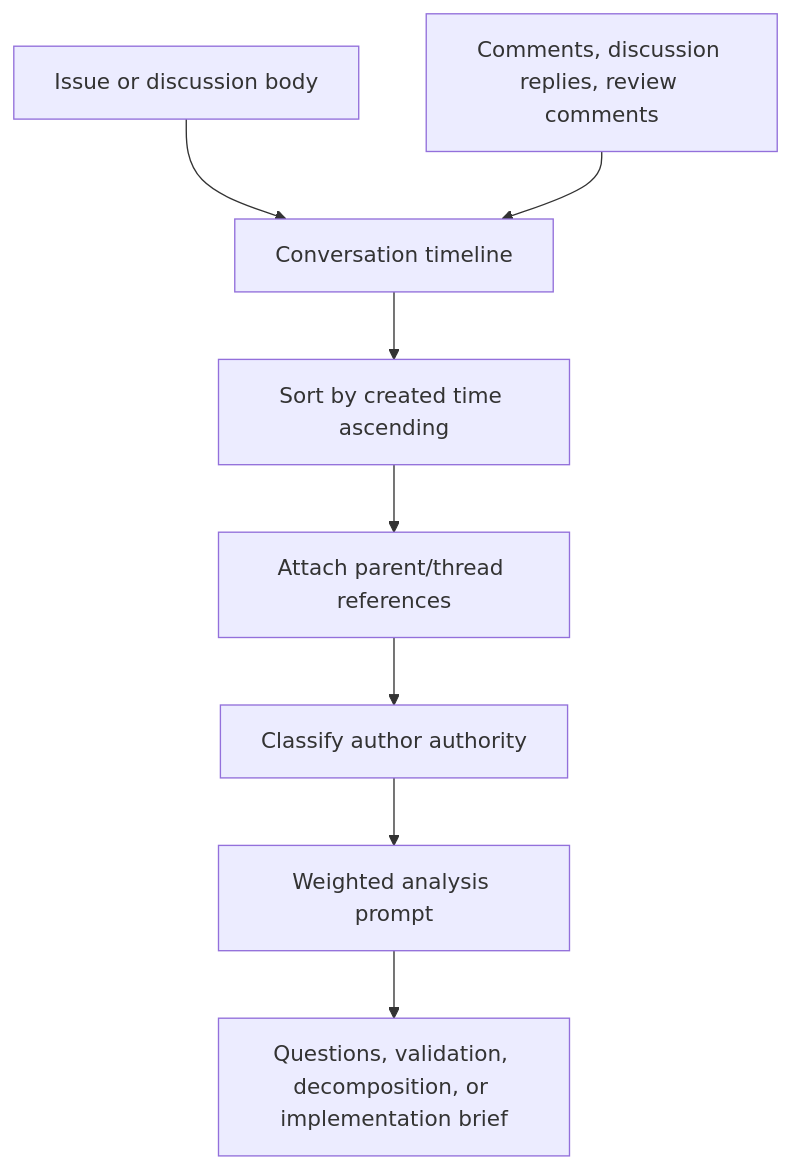
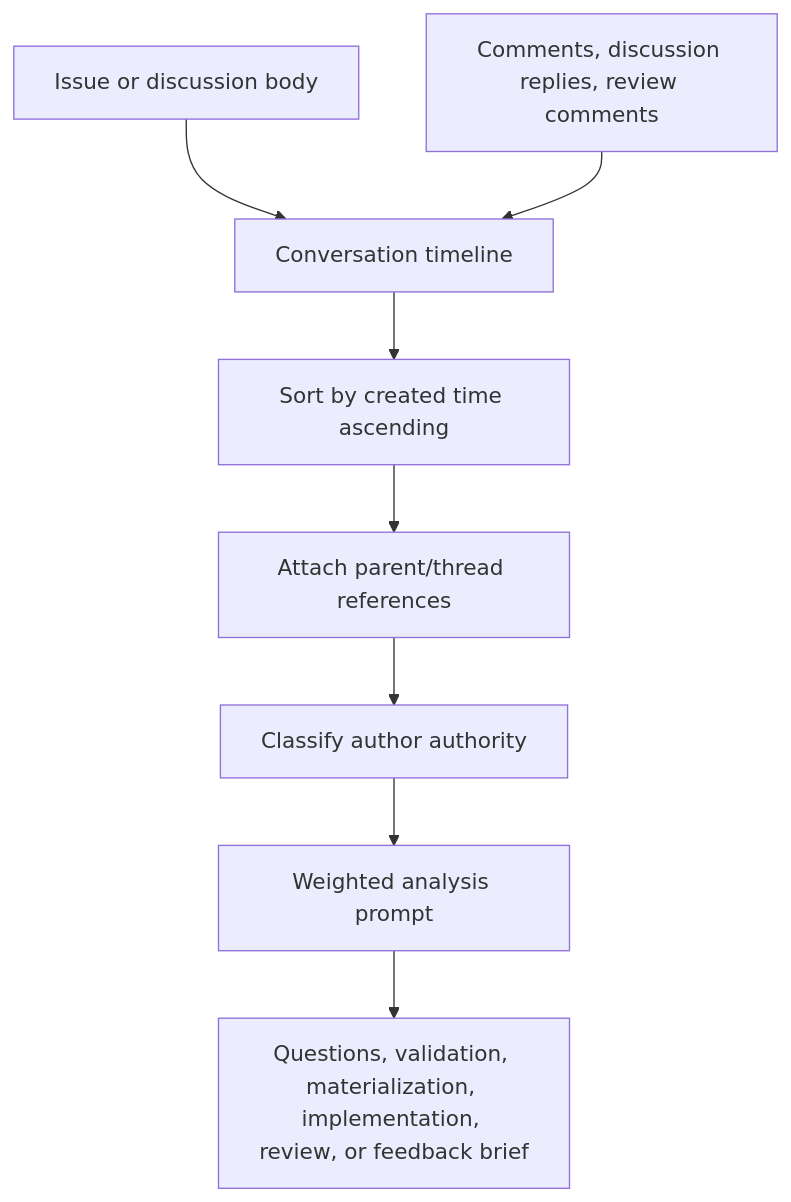
One commit to markhuangai/git-vibe changed the first of 2 diagrams in docs/AI.md. Above: the diagram before and after it, drawn with Mermaid. The commit also changed other lines of this file and 4 other files, not shown here.

````diff
--- a/docs/AI.md
+++ b/docs/AI.md
@@ -7,10 +9,10 @@
 ```mermaid
 flowchart TD
   A[Issue or discussion body] --> C[Conversation timeline]
   B[Comments, discussion replies, review comments] --> C
   C --> D[Sort by created time ascending]
   D --> E[Attach parent/thread references]
   E --> F[Classify author authority]
   F --> G[Weighted analysis prompt]
-  G --> H[Questions, validation, decomposition, or implementation brief]
+  G --> H[Questions, validation, materialization, implementation, review, or feedback brief]
 ```
````
